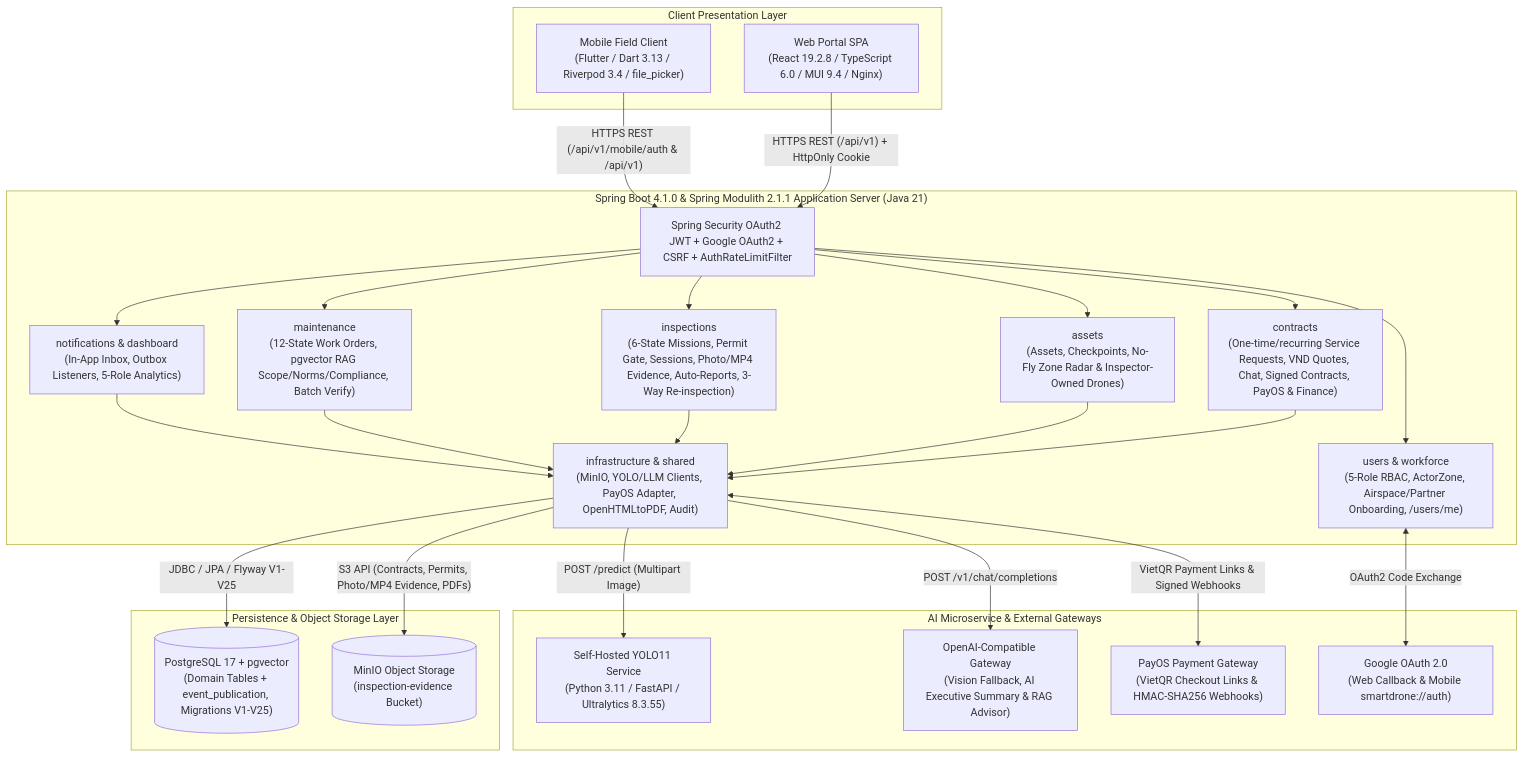
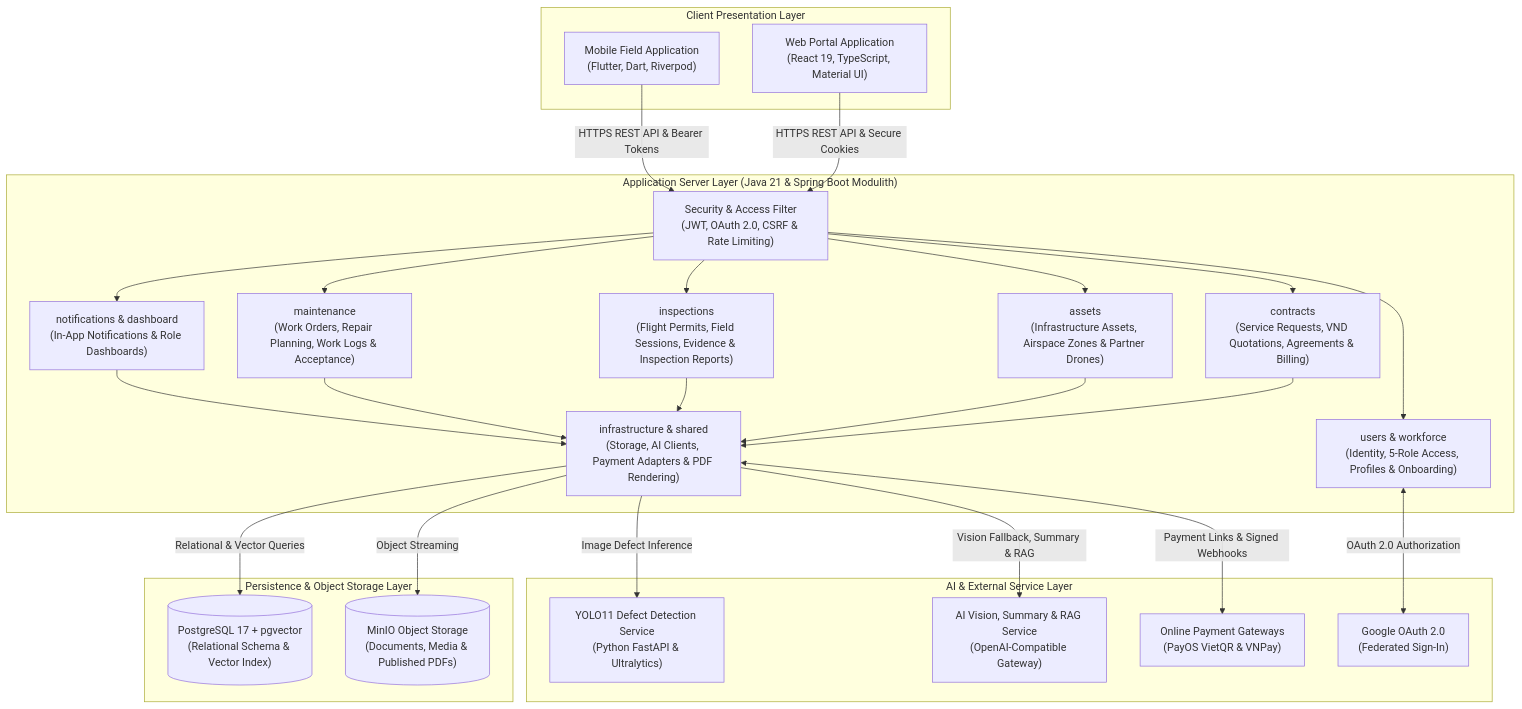
Before and after one commit to tungbach12/SmartDroneInspection-Docs: the first of 2 diagrams in reports/report-4-software-design-document/01-system-design.md, drawn with Mermaid. The commit also changed other lines of this file and 206 other files, not shown here.

First line of the commit message:
docs(reports): synchronize Report 1-5 changes, update diagrams, and clean exports

````diff
--- a/reports/report-4-software-design-document/01-system-design.md
+++ b/reports/report-4-software-design-document/01-system-design.md
@@ -16,54 +16,54 @@
 ```mermaid
 %% title: System Architecture Diagram
 flowchart TD
   subgraph Clients["Client Presentation Layer"]
-    CLIENT_WEB["Web Portal SPA\n(React 19.2.8 / TypeScript 6.0 / MUI 9.4 / Nginx)"]
-    CLIENT_MOB["Mobile Field Client\n(Flutter / Dart 3.13 / Riverpod 3.4 / file_picker)"]
+    CLIENT_WEB["Web Portal Application\n(React 19, TypeScript, Material UI)"]
+    CLIENT_MOB["Mobile Field Application\n(Flutter, Dart, Riverpod)"]
   end
 
-  subgraph Backend["Spring Boot 4.1.0 & Spring Modulith 2.1.1 Application Server (Java 21)"]
-    SEC_FILTER["Spring Security OAuth2 JWT + Google OAuth2 + CSRF + AuthRateLimitFilter"]
-    MOD_USERS["users & workforce\n(5-Role RBAC, ActorZone, Airspace/Partner Onboarding, /users/me)"]
-    MOD_CONTRACTS["contracts\n(One-time/recurring Service Requests, VND Quotes, Chat, Signed Contracts, PayOS & Finance)"]
-    MOD_ASSETS["assets\n(Assets, Checkpoints, No-Fly Zone Radar & Inspector-Owned Drones)"]
-    MOD_INSP["inspections\n(6-State Missions, Permit Gate, Sessions, Photo/MP4 Evidence, Auto-Reports, 3-Way Re-inspection)"]
-    MOD_MAINT["maintenance\n(12-State Work Orders, pgvector RAG Scope/Norms/Compliance, Batch Verify)"]
-    MOD_NOTIF["notifications & dashboard\n(In-App Inbox, Outbox Listeners, 5-Role Analytics)"]
-    MOD_INFRA["infrastructure & shared\n(MinIO, YOLO/LLM Clients, PayOS Adapter, OpenHTMLtoPDF, Audit)"]
+  subgraph Backend["Application Server Layer (Java 21 & Spring Boot Modulith)"]
+    SEC_FILTER["Security & Access Filter\n(JWT, OAuth 2.0, CSRF & Rate Limiting)"]
+    MOD_USERS["users & workforce\n(Identity, 5-Role Access, Profiles & Onboarding)"]
+    MOD_CONTRACTS["contracts\n(Service Requests, VND Quotations, Agreements & Billing)"]
+    MOD_ASSETS["assets\n(Infrastructure Assets, Airspace Zones & Partner Drones)"]
+    MOD_INSP["inspections\n(Flight Permits, Field Sessions, Evidence & Inspection Reports)"]
+    MOD_MAINT["maintenance\n(Work Orders, Repair Planning, Work Logs & Acceptance)"]
+    MOD_NOTIF["notifications & dashboard\n(In-App Notifications & Role Dashboards)"]
+    MOD_INFRA["infrastructure & shared\n(Storage, AI Clients, Payment Adapters & PDF Rendering)"]
   end
 
   subgraph DataAndStorage["Persistence & Object Storage Layer"]
-    DB_PG[("PostgreSQL 17 + pgvector\n(Domain Tables + event_publication, Migrations V1-V25)")]
-    STORE_MINIO[("MinIO Object Storage\n(inspection-evidence Bucket)")]
+    DB_PG[("PostgreSQL 17 + pgvector\n(Relational Schema & Vector Index)")]
+    STORE_MINIO[("MinIO Object Storage\n(Documents, Media & Published PDFs)")]
   end
 
-  subgraph ExternalAndAI["AI Microservice & External Gateways"]
-    AI_SERVICE["Self-Hosted YOLO11 Service\n(Python 3.11 / FastAPI / Ultralytics 8.3.55)"]
-    LLM_GATEWAY["OpenAI-Compatible Gateway\n(Vision Fallback, AI Executive Summary & RAG Advisor)"]
-    PAYOS["PayOS Payment Gateway\n(VietQR Checkout Links & HMAC-SHA256 Webhooks)"]
-    GOOGLE_OAUTH["Google OAuth 2.0\n(Web Callback & Mobile smartdrone://auth)"]
+  subgraph ExternalAndAI["AI & External Service Layer"]
+    AI_SERVICE["YOLO11 Defect Detection Service\n(Python FastAPI & Ultralytics)"]
+    LLM_GATEWAY["AI Vision, Summary & RAG Service\n(OpenAI-Compatible Gateway)"]
+    PAY_GATEWAY["Online Payment Gateways\n(PayOS VietQR & VNPay)"]
+    GOOGLE_OAUTH["Google OAuth 2.0\n(Federated Sign-In)"]
   end
 
-  CLIENT_WEB -->|"HTTPS REST (/api/v1) + HttpOnly Cookie"| SEC_FILTER
-  CLIENT_MOB -->|"HTTPS REST (/api/v1/mobile/auth & /api/v1)"| SEC_FILTER
+  CLIENT_WEB -->|"HTTPS REST API & Secure Cookies"| SEC_FILTER
+  CLIENT_MOB -->|"HTTPS REST API & Bearer Tokens"| SEC_FILTER
 
   SEC_FILTER --> MOD_USERS
   SEC_FILTER --> MOD_CONTRACTS
   SEC_FILTER --> MOD_ASSETS
   SEC_FILTER --> MOD_INSP
   SEC_FILTER --> MOD_MAINT
   SEC_FILTER --> MOD_NOTIF
 
   MOD_CONTRACTS --> MOD_INFRA
   MOD_ASSETS --> MOD_INFRA
   MOD_INSP --> MOD_INFRA
   MOD_MAINT --> MOD_INFRA
   MOD_NOTIF --> MOD_INFRA
 
-  MOD_INFRA -->|"JDBC / JPA / Flyway V1-V25"| DB_PG
-  MOD_INFRA -->|"S3 API (Contracts, Permits, Photo/MP4 Evidence, PDFs)"| STORE_MINIO
-  MOD_INFRA -->|"POST /predict (Multipart Image)"| AI_SERVICE
-  MOD_INFRA -->|"POST /v1/chat/completions"| LLM_GATEWAY
-  MOD_INFRA <-->|"VietQR Payment Links & Signed Webhooks"| PAYOS
-  MOD_USERS <-->|"OAuth2 Code Exchange"| GOOGLE_OAUTH
+  MOD_INFRA -->|"Relational & Vector Queries"| DB_PG
+  MOD_INFRA -->|"Object Streaming"| STORE_MINIO
+  MOD_INFRA -->|"Image Defect Inference"| AI_SERVICE
+  MOD_INFRA -->|"Vision Fallback, Summary & RAG"| LLM_GATEWAY
+  MOD_INFRA <-->|"Payment Links & Signed Webhooks"| PAY_GATEWAY
+  MOD_USERS <-->|"OAuth 2.0 Authorization"| GOOGLE_OAUTH
 ```
````
